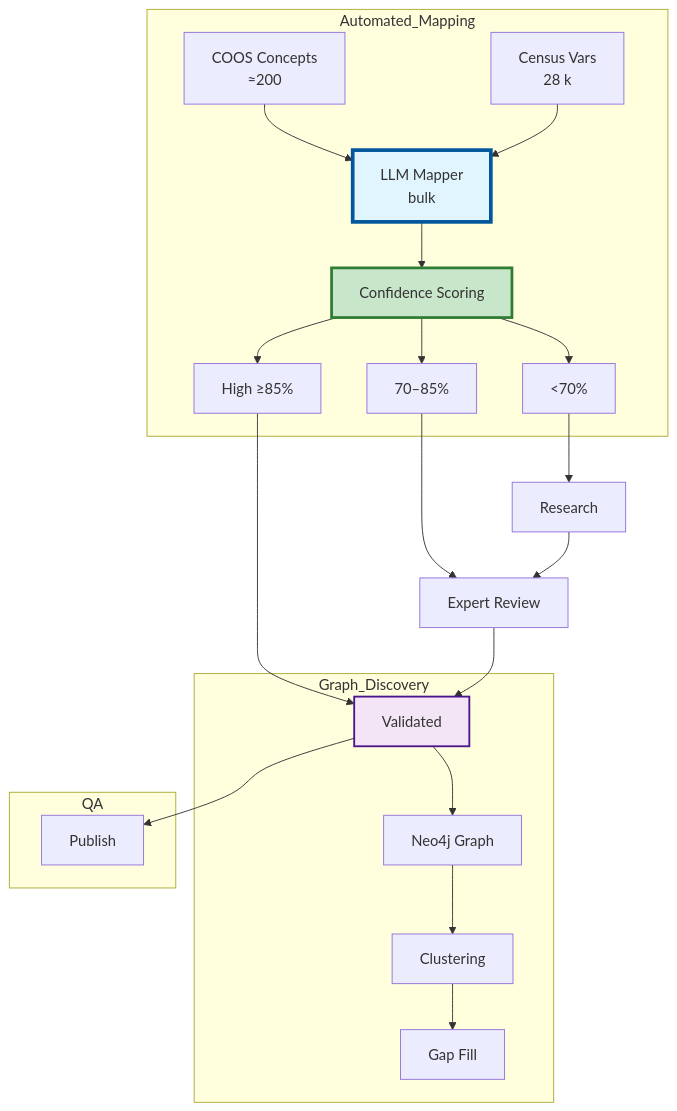
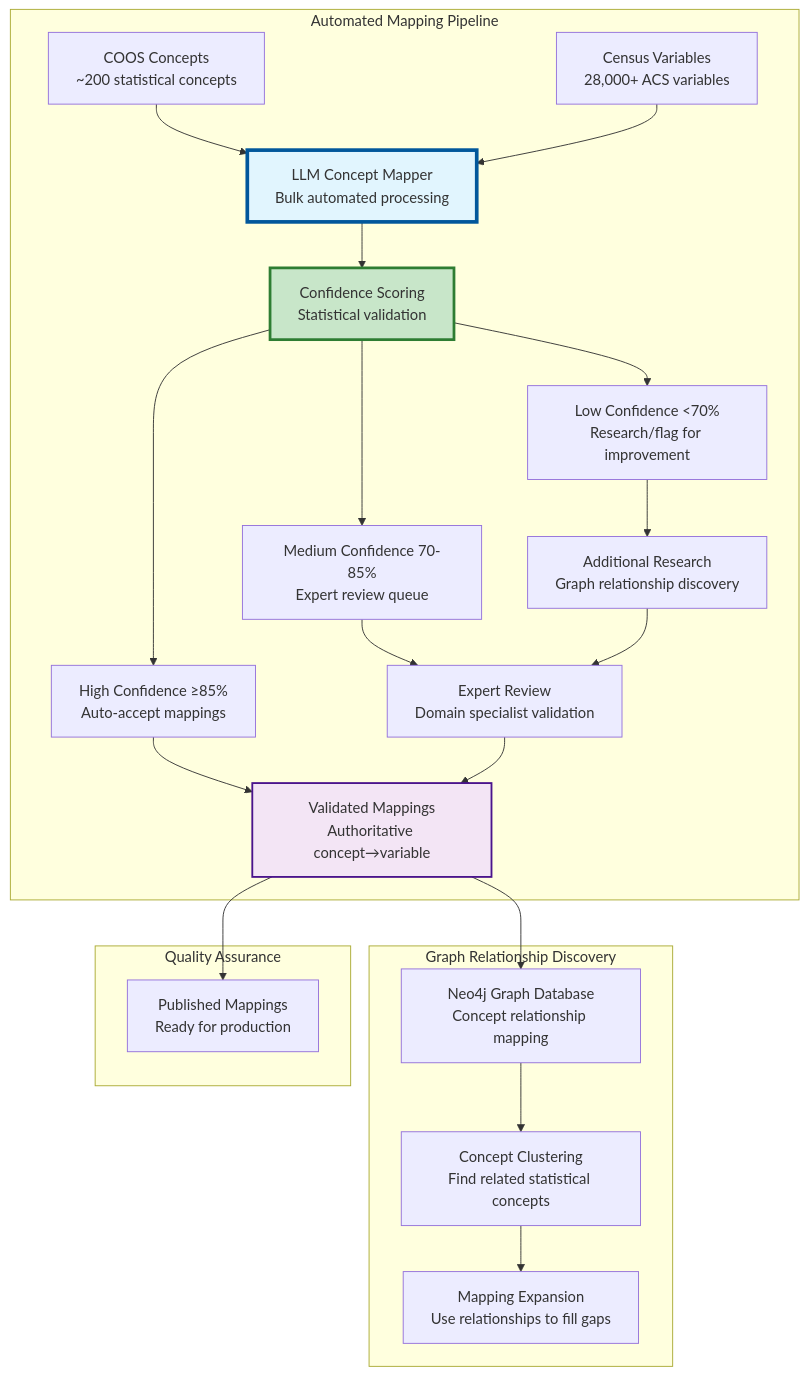
The seventh of 8 diagrams in enhanced_phase3_architecture.md (saikrmet/open-census-mcp-server), drawn with Mermaid before and after one commit. The commit also changed other lines of this file, not shown here.

````diff
--- a/enhanced_phase3_architecture.md
+++ b/enhanced_phase3_architecture.md
@@ -122,30 +415,37 @@
 ```mermaid
 graph TB
-    subgraph Automated_Mapping
-        COOS[COOS Concepts\n≈200] --> LLM[LLM Mapper\nbulk]
-        CENSUS[Census Vars\n28 k] --> LLM
-        LLM --> CONF[Confidence Scoring]
-        CONF --> HIGH[High ≥85%]
-        CONF --> MED[70–85%]
-        CONF --> LOW[<70%]
+    subgraph "Automated Mapping Pipeline"
+        COOS[COOS Concepts<br/>~200 statistical concepts]
+        CENSUS[Census Variables<br/>28,000+ ACS variables]
+        
+        COOS --> LLM[LLM Concept Mapper<br/>Bulk automated processing]
+        CENSUS --> LLM
+        
+        LLM --> CONF[Confidence Scoring<br/>Statistical validation]
+        
+        CONF --> HIGH[High Confidence ≥85%<br/>Auto-accept mappings]
+        CONF --> MED[Medium Confidence 70-85%<br/>Expert review queue]
+        CONF --> LOW[Low Confidence <70%<br/>Research/flag for improvement]
+        
+        HIGH --> VALID[Validated Mappings<br/>Authoritative concept→variable]
+        MED --> EXPERT[Expert Review<br/>Domain specialist validation]
+        EXPERT --> VALID
+        
+        LOW --> RESEARCH[Additional Research<br/>Graph relationship discovery]
+        RESEARCH --> EXPERT
     end
-
-    VALID[Validated]
-    HIGH --> VALID
-    MED --> EXPERT[Expert Review] --> VALID
-    LOW --> RESEARCH[Research] --> EXPERT
-
-    subgraph Graph_Discovery
-        VALID --> NEO4J[Neo4j Graph]
-        NEO4J --> CLUSTER[Clustering]
-        CLUSTER --> EXPAND[Gap Fill]
+    
+    subgraph "Graph Relationship Discovery"
+        VALID --> NEO4J[Neo4j Graph Database<br/>Concept relationship mapping]
+        NEO4J --> CLUSTER[Concept Clustering<br/>Find related statistical concepts]
+        CLUSTER --> EXPAND[Mapping Expansion<br/>Use relationships to fill gaps]
     end
-
-    subgraph QA
-        VALID --> PUBLISH[Publish]
+    
+    subgraph "Quality Assurance"
+        VALID --> PUBLISH[Published Mappings<br/>Ready for production]
     end
-
+    
     style LLM fill:#e1f5fe,stroke:#01579b,stroke-width:4px
     style CONF fill:#c8e6c9,stroke:#2e7d32,stroke-width:3px
     style VALID fill:#f3e5f5,stroke:#4a148c,stroke-width:2px
 ```
````
